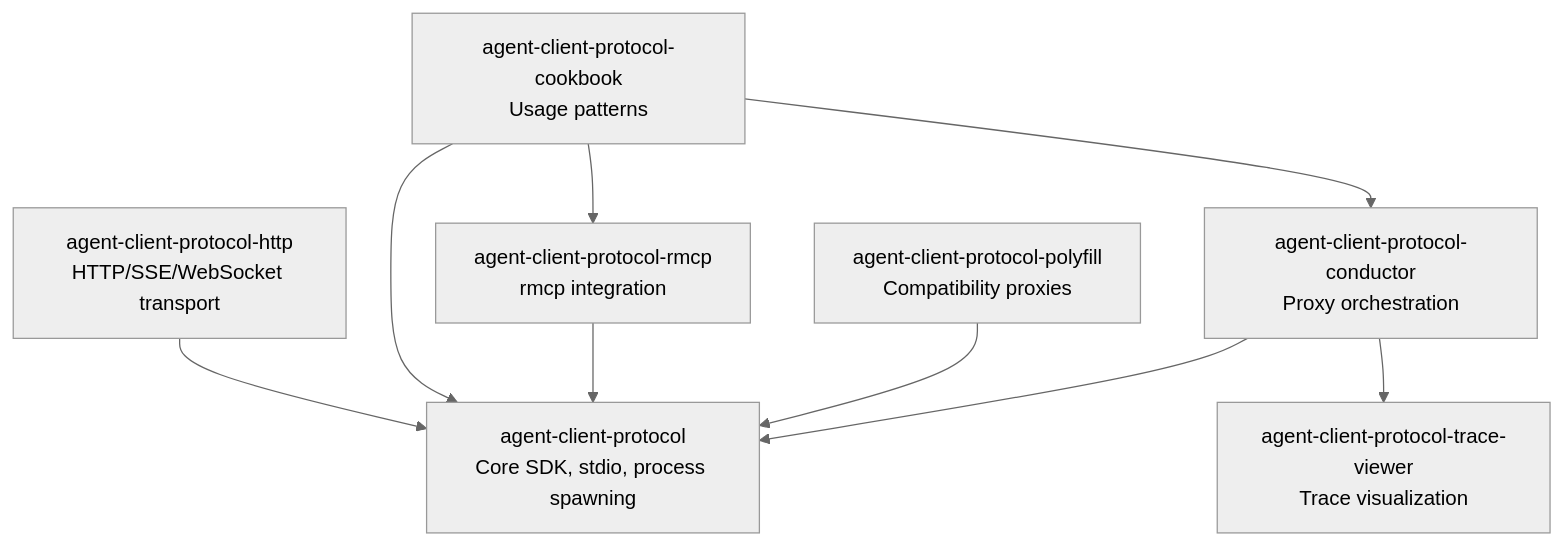
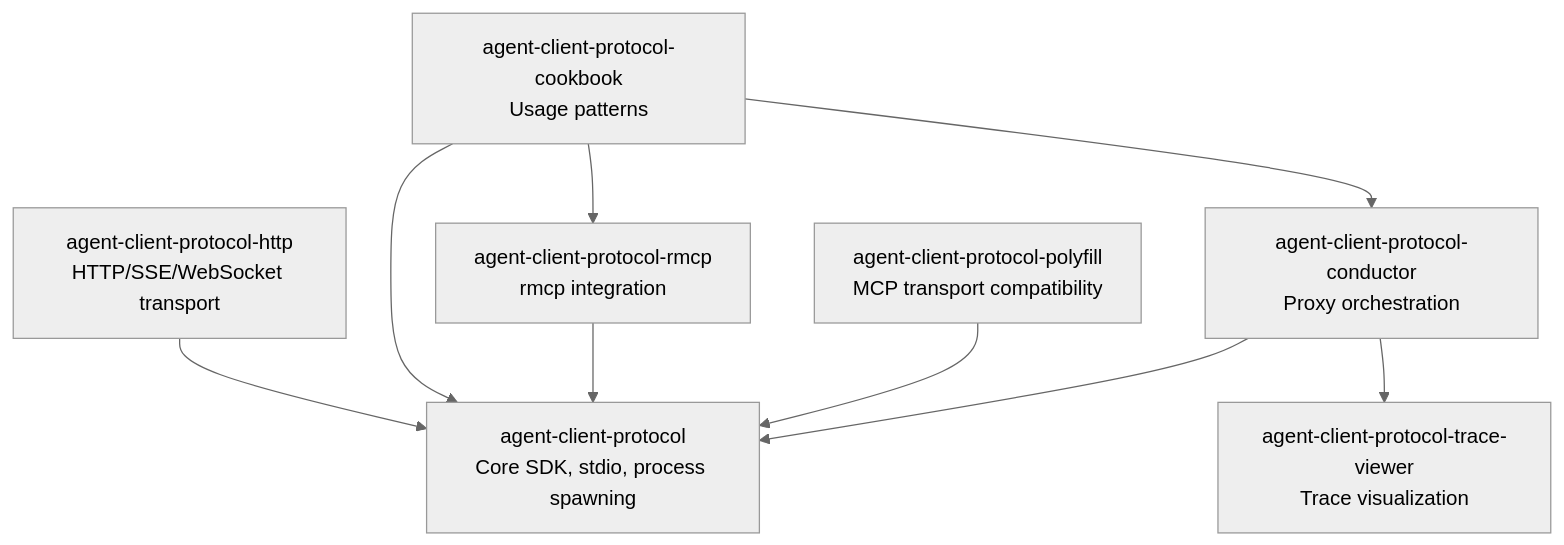
Before and after one commit to agentclientprotocol/rust-sdk: the diagram in md/introduction.md, drawn with Mermaid (neutral theme). The commit also changed other lines of this file and 53 other files, not shown here.

First line of the commit message:
refactor(acp)!: adopt schema-native MCP-over-ACP (#281)

````diff
--- a/md/introduction.md
+++ b/md/introduction.md
@@ -37,19 +37,19 @@
 ```mermaid
 graph TD
     acp[agent-client-protocol<br/>Core SDK, stdio, process spawning]
     http[agent-client-protocol-http<br/>HTTP/SSE/WebSocket transport]
     rmcp[agent-client-protocol-rmcp<br/>rmcp integration]
     conductor[agent-client-protocol-conductor<br/>Proxy orchestration]
-    polyfill[agent-client-protocol-polyfill<br/>Compatibility proxies]
+    polyfill[agent-client-protocol-polyfill<br/>MCP transport compatibility]
     trace[agent-client-protocol-trace-viewer<br/>Trace visualization]
     cookbook[agent-client-protocol-cookbook<br/>Usage patterns]
 
     http --> acp
     rmcp --> acp
     conductor --> acp
     conductor --> trace
     polyfill --> acp
     cookbook --> acp
     cookbook --> rmcp
     cookbook --> conductor
 ```
````
